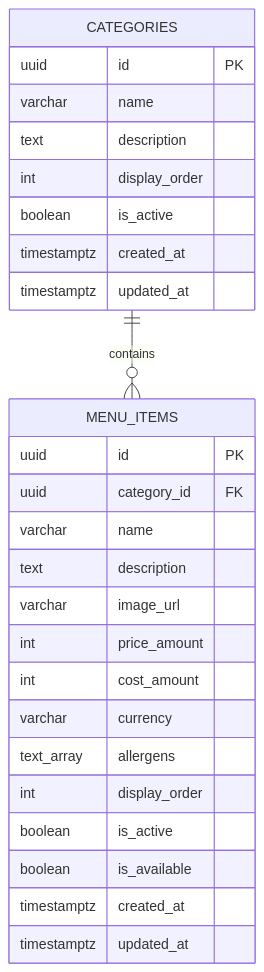
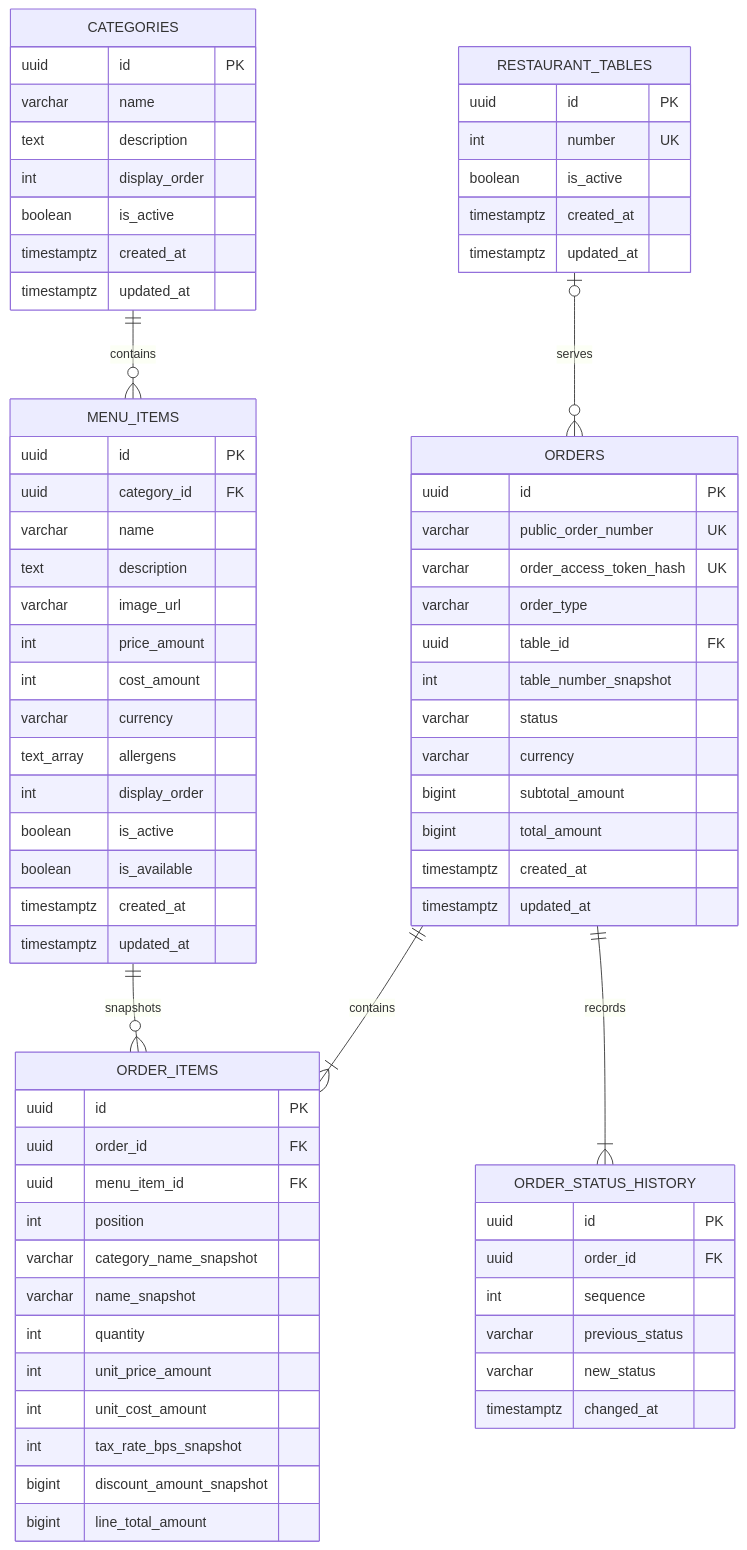
One commit to kamilSarbian/Restaurant_Ordering_Analytics changed the second of 3 diagrams in docs/ARCHITECTURE.md. Above: the diagram before and after it, drawn with Mermaid. The commit also changed other lines of this file and 31 other files, not shown here.

````diff
--- a/docs/ARCHITECTURE.md
+++ b/docs/ARCHITECTURE.md
@@ -219,31 +220,82 @@
 ```mermaid
 erDiagram
     CATEGORIES ||--o{ MENU_ITEMS : contains
+    RESTAURANT_TABLES o|--o{ ORDERS : serves
+    ORDERS ||--|{ ORDER_ITEMS : contains
+    MENU_ITEMS ||--o{ ORDER_ITEMS : snapshots
+    ORDERS ||--|{ ORDER_STATUS_HISTORY : records
 
     CATEGORIES {
         uuid id PK
         varchar name
         text description
         int display_order
         boolean is_active
         timestamptz created_at
         timestamptz updated_at
     }
 
     MENU_ITEMS {
         uuid id PK
         uuid category_id FK
         varchar name
         text description
         varchar image_url
         int price_amount
         int cost_amount
         varchar currency
         text_array allergens
         int display_order
         boolean is_active
         boolean is_available
         timestamptz created_at
         timestamptz updated_at
     }
+
+    RESTAURANT_TABLES {
+        uuid id PK
+        int number UK
+        boolean is_active
+        timestamptz created_at
+        timestamptz updated_at
+    }
+
+    ORDERS {
+        uuid id PK
+        varchar public_order_number UK
+        varchar order_access_token_hash UK
+        varchar order_type
+        uuid table_id FK
+        int table_number_snapshot
+        varchar status
+        varchar currency
+        bigint subtotal_amount
+        bigint total_amount
+        timestamptz created_at
+        timestamptz updated_at
+    }
+
+    ORDER_ITEMS {
+        uuid id PK
+        uuid order_id FK
+        uuid menu_item_id FK
+        int position
+        varchar category_name_snapshot
+        varchar name_snapshot
+        int quantity
+        int unit_price_amount
+        int unit_cost_amount
+        int tax_rate_bps_snapshot
+        bigint discount_amount_snapshot
+        bigint line_total_amount
+    }
+
+    ORDER_STATUS_HISTORY {
+        uuid id PK
+        uuid order_id FK
+        int sequence
+        varchar previous_status
+        varchar new_status
+        timestamptz changed_at
+    }
 ```
````
